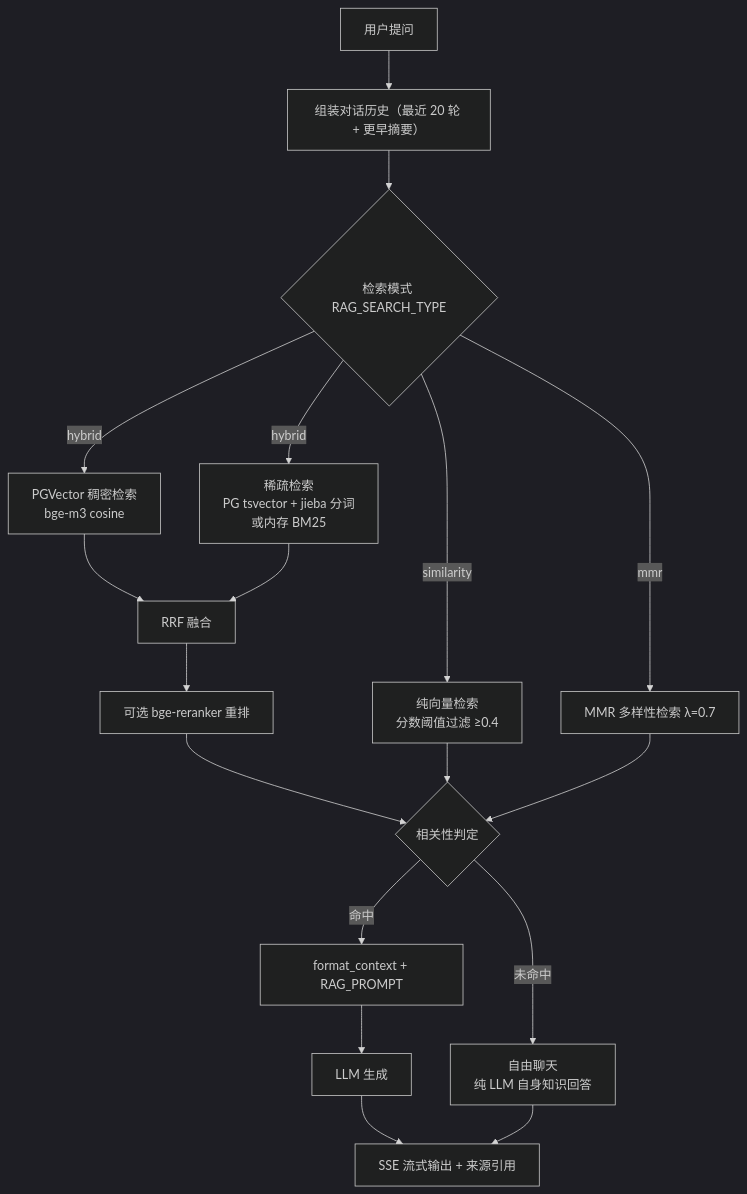
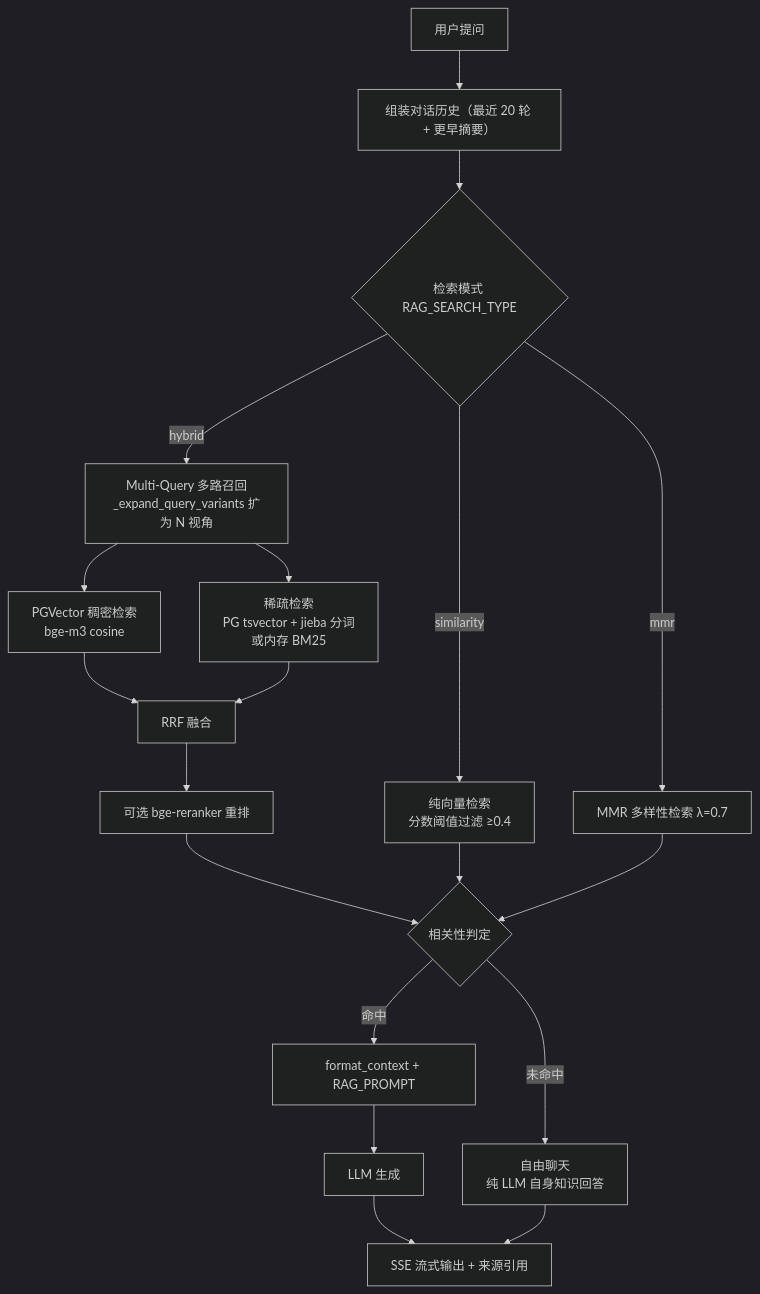
One commit to zqc1661586344/zz-demand-system changed the fourth of 6 diagrams in README.md. Above: the diagram before and after it, drawn with Mermaid (dark theme). The commit also changed other lines of this file and 1 other file, not shown here.

````diff
--- a/README.md
+++ b/README.md
@@ -206,20 +206,21 @@
 ```mermaid
 flowchart TD
     Q["用户提问"] --> H["组装对话历史（最近 20 轮 + 更早摘要）"]
     H --> D{"检索模式 RAG_SEARCH_TYPE"}
-    D -->|hybrid| DH["PGVector 稠密检索<br/>bge-m3 cosine"]
-    D -->|hybrid| SH["稀疏检索<br/>PG tsvector + jieba 分词<br/>或内存 BM25"]
+    D -->|hybrid| MQ["Multi-Query 多路召回<br/>_expand_query_variants 扩为 N 视角"]
+    MQ --> DH["PGVector 稠密检索<br/>bge-m3 cosine"]
+    MQ --> SH["稀疏检索<br/>PG tsvector + jieba 分词<br/>或内存 BM25"]
     DH --> F["RRF 融合"]
     SH --> F
     F --> R["可选 bge-reranker 重排"]
     D -->|similarity| SV["纯向量检索<br/>分数阈值过滤 ≥0.4"]
     D -->|mmr| MM["MMR 多样性检索 λ=0.7"]
     R --> G{"相关性判定"}
     SV --> G
     MM --> G
     G -->|命中| C["format_context + RAG_PROMPT"]
     C --> L["LLM 生成"]
     L --> A["SSE 流式输出 + 来源引用"]
     G -->|未命中| FC["自由聊天<br/>纯 LLM 自身知识回答"]
     FC --> A
 ```
````
